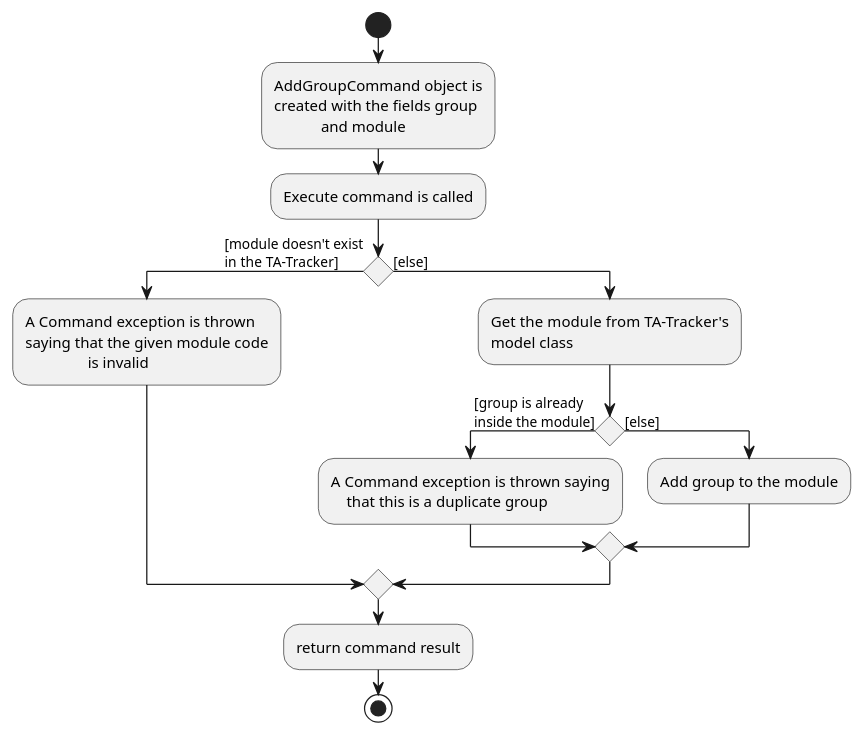
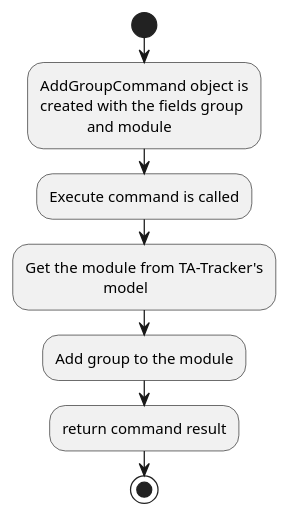
The diagram in docs/diagrams/module-view/AddGroupActivityDiagram.puml (nus-cs2103-AY1920S2/addressbook-level3), drawn with PlantUML before and after one commit.

Commit message:
Remove exceptions from add group activity diagram

```diff
--- a/docs/diagrams/module-view/AddGroupActivityDiagram.puml
+++ b/docs/diagrams/module-view/AddGroupActivityDiagram.puml
@@ -1,34 +1,18 @@
 @startuml
 start
 :AddGroupCommand object is
 created with the fields group
             and module;
 
 :Execute command is called;
 
-if() then ([module doesn't exist
-in the TA-Tracker])
-:A Command exception is thrown
-saying that the given module code
-                is invalid;
+:Get the module from TA-Tracker's
+                    model;
 
-else ([else])
-:Get the module from TA-Tracker's
-model class;
-
-if() then ([group is already
-inside the module])
-:A Command exception is thrown saying
-    that this is a duplicate group;
-
-else([else])
 :Add group to the module;
 
-endif
-
-endif
 
 :return command result;
 
 stop
 @enduml
```
